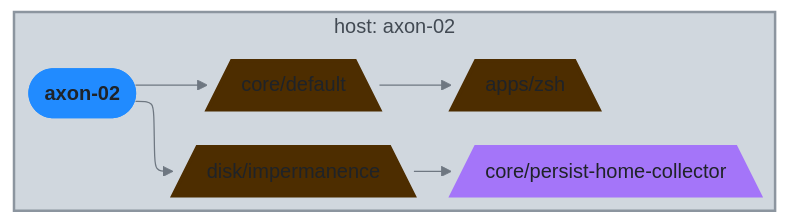
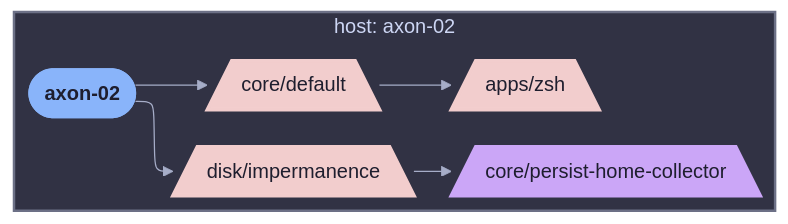
One commit to sini/nix-config changed the diagram in diagrams/hosts/axon-02/class-homeManager.md. Above: the diagram before and after it, drawn with Mermaid. The commit also changed 142 other files, not shown here.

First line of the commit message:
feat(diagrams): use projectScope for per-host/user views

````diff
--- a/diagrams/hosts/axon-02/class-homeManager.md
+++ b/diagrams/hosts/axon-02/class-homeManager.md
@@ -5,28 +5,28 @@
 ```mermaid
-%%{init: {"elk":{"mergeEdges":true,"nodePlacementStrategy":"BRANDES_KOEPF"},"flowchart":{"wrappingWidth":600},"layout":"elk","theme":"base","themeVariables":{"activationBkgColor":"#d0d7de","activationBorderColor":"#8c959f","actorBkg":"#d0d7de","actorBorder":"#6e7781","actorLineColor":"#6e7781","actorTextColor":"#424a53","background":"#eaeef2","classText":"#424a53","clusterBkg":"#d0d7de","clusterBorder":"#8c959f","edgeLabelBackground":"#eaeef2","labelBoxBkgColor":"#d0d7de","labelBoxBorderColor":"#6e7781","labelTextColor":"#424a53","lineColor":"#6e7781","loopTextColor":"#424a53","mainBkg":"#d0d7de","nodeBkg":"#d0d7de","nodeBorder":"#6e7781","nodeTextColor":"#424a53","noteBkgColor":"#d0d7de","noteBorderColor":"#8c959f","noteTextColor":"#424a53","pie1":"#fa4549","pie2":"#e16f24","pie3":"#bf8700","pie4":"#2da44e","pie5":"#339D9B","pie6":"#218bff","pie7":"#a475f9","pie8":"#4d2d00","pieLegendTextColor":"#424a53","pieOuterStrokeColor":"#8c959f","pieSectionTextColor":"#424a53","pieStrokeColor":"#8c959f","pieTitleTextColor":"#424a53","primaryBorderColor":"#6e7781","primaryColor":"#d0d7de","primaryTextColor":"#424a53","secondBkg":"#d0d7de","secondaryBorderColor":"#8c959f","secondaryColor":"#d0d7de","secondaryTextColor":"#424a53","sequenceNumberColor":"#eaeef2","signalColor":"#6e7781","signalTextColor":"#424a53","tertiaryBorderColor":"#8c959f","tertiaryColor":"#d0d7de","tertiaryTextColor":"#424a53","textColor":"#424a53","titleColor":"#424a53"}}}%%
+%%{init: {"elk":{"mergeEdges":true,"nodePlacementStrategy":"BRANDES_KOEPF"},"flowchart":{"wrappingWidth":600},"layout":"elk","theme":"base","themeVariables":{"activationBkgColor":"#313244","activationBorderColor":"#6c7086","actorBkg":"#313244","actorBorder":"#a6adc8","actorLineColor":"#a6adc8","actorTextColor":"#cdd6f4","background":"#1e1e2e","classText":"#cdd6f4","clusterBkg":"#313244","clusterBorder":"#6c7086","edgeLabelBackground":"#1e1e2e","labelBoxBkgColor":"#313244","labelBoxBorderColor":"#a6adc8","labelTextColor":"#cdd6f4","lineColor":"#a6adc8","loopTextColor":"#cdd6f4","mainBkg":"#313244","nodeBkg":"#313244","nodeBorder":"#a6adc8","nodeTextColor":"#cdd6f4","noteBkgColor":"#313244","noteBorderColor":"#6c7086","noteTextColor":"#cdd6f4","pie1":"#f38ba8","pie2":"#fab387","pie3":"#f9e2af","pie4":"#a6e3a1","pie5":"#94e2d5","pie6":"#89b4fa","pie7":"#cba6f7","pie8":"#f2cdcd","pieLegendTextColor":"#cdd6f4","pieOuterStrokeColor":"#6c7086","pieSectionTextColor":"#cdd6f4","pieStrokeColor":"#6c7086","pieTitleTextColor":"#cdd6f4","primaryBorderColor":"#a6adc8","primaryColor":"#313244","primaryTextColor":"#cdd6f4","secondBkg":"#313244","secondaryBorderColor":"#6c7086","secondaryColor":"#313244","secondaryTextColor":"#cdd6f4","sequenceNumberColor":"#1e1e2e","signalColor":"#a6adc8","signalTextColor":"#cdd6f4","tertiaryBorderColor":"#6c7086","tertiaryColor":"#313244","tertiaryTextColor":"#cdd6f4","textColor":"#cdd6f4","titleColor":"#cdd6f4"}}}%%
 graph LR
   axon_02([axon-02]):::root
 
   subgraph ctx_host_axon_02["host: axon-02"]
   core__default[/"core/default"\]:::core__default_c
   disk__impermanence[/"disk/impermanence"\]:::disk__impermanence_c
   core__persist_home_collector[/"core/persist-home-collector"\]:::core__persist_home_collector_c
   apps__zsh[/"apps/zsh"\]:::apps__zsh_c
   axon_02 --> core__default
   axon_02 --> disk__impermanence
   core__default --> apps__zsh
   disk__impermanence --> core__persist_home_collector
   end
 
 
-  classDef root fill:#218bff,stroke:#218bff,color:#1f2328,font-weight:bold
-  classDef apps_c fill:#2da44e,stroke:#2da44e,color:#1f2328,stroke-dasharray: 3 3,stroke-width:1px
-  classDef axon_02_c fill:#a475f9,stroke:#a475f9,color:#1f2328,stroke-width:3px
-  classDef core_c fill:#bf8700,stroke:#bf8700,color:#1f2328,stroke-dasharray: 3 3,stroke-width:1px
-  classDef core__default_c fill:#4d2d00,stroke:#4d2d00,color:#1f2328,stroke-width:3px
-  classDef disk_c fill:#2da44e,stroke:#2da44e,color:#1f2328,stroke-dasharray: 3 3,stroke-width:1px
-  classDef disk__impermanence_c fill:#4d2d00,stroke:#4d2d00,color:#1f2328,stroke-width:3px
-  classDef core__persist_home_collector_c fill:#a475f9,stroke:#a475f9,color:#1f2328,stroke-width:3px
-  classDef apps__zsh_c fill:#4d2d00,stroke:#4d2d00,color:#1f2328,stroke-width:3px
-style ctx_host_axon_02 fill:#d0d7de,stroke:#8c959f,stroke-width:2px
+  classDef root fill:#89b4fa,stroke:#89b4fa,color:#1e1e2e,font-weight:bold
+  classDef apps_c fill:#a6e3a1,stroke:#a6e3a1,color:#1e1e2e,stroke-dasharray: 3 3,stroke-width:1px
+  classDef axon_02_c fill:#cba6f7,stroke:#cba6f7,color:#1e1e2e,stroke-width:3px
+  classDef core_c fill:#f9e2af,stroke:#f9e2af,color:#1e1e2e,stroke-dasharray: 3 3,stroke-width:1px
+  classDef core__default_c fill:#f2cdcd,stroke:#f2cdcd,color:#1e1e2e,stroke-width:3px
+  classDef disk_c fill:#a6e3a1,stroke:#a6e3a1,color:#1e1e2e,stroke-dasharray: 3 3,stroke-width:1px
+  classDef disk__impermanence_c fill:#f2cdcd,stroke:#f2cdcd,color:#1e1e2e,stroke-width:3px
+  classDef core__persist_home_collector_c fill:#cba6f7,stroke:#cba6f7,color:#1e1e2e,stroke-width:3px
+  classDef apps__zsh_c fill:#f2cdcd,stroke:#f2cdcd,color:#1e1e2e,stroke-width:3px
+style ctx_host_axon_02 fill:#313244,stroke:#6c7086,stroke-width:2px
 ```
````
